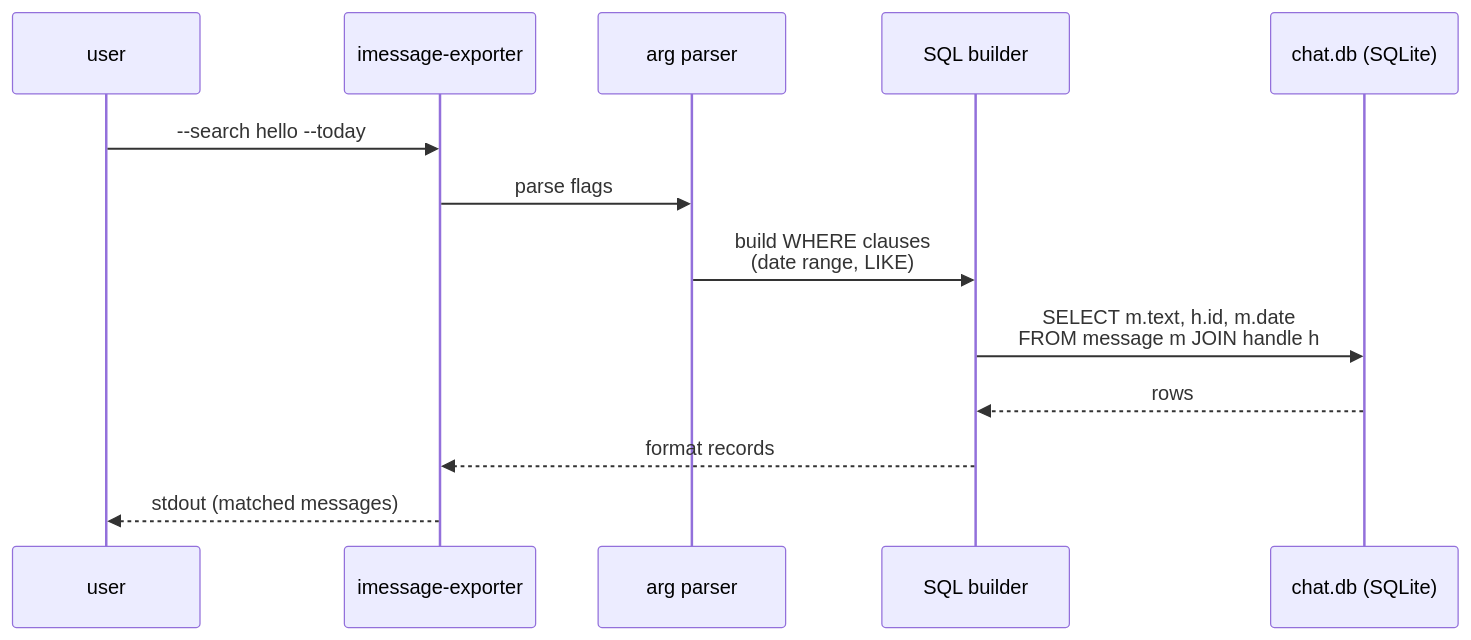
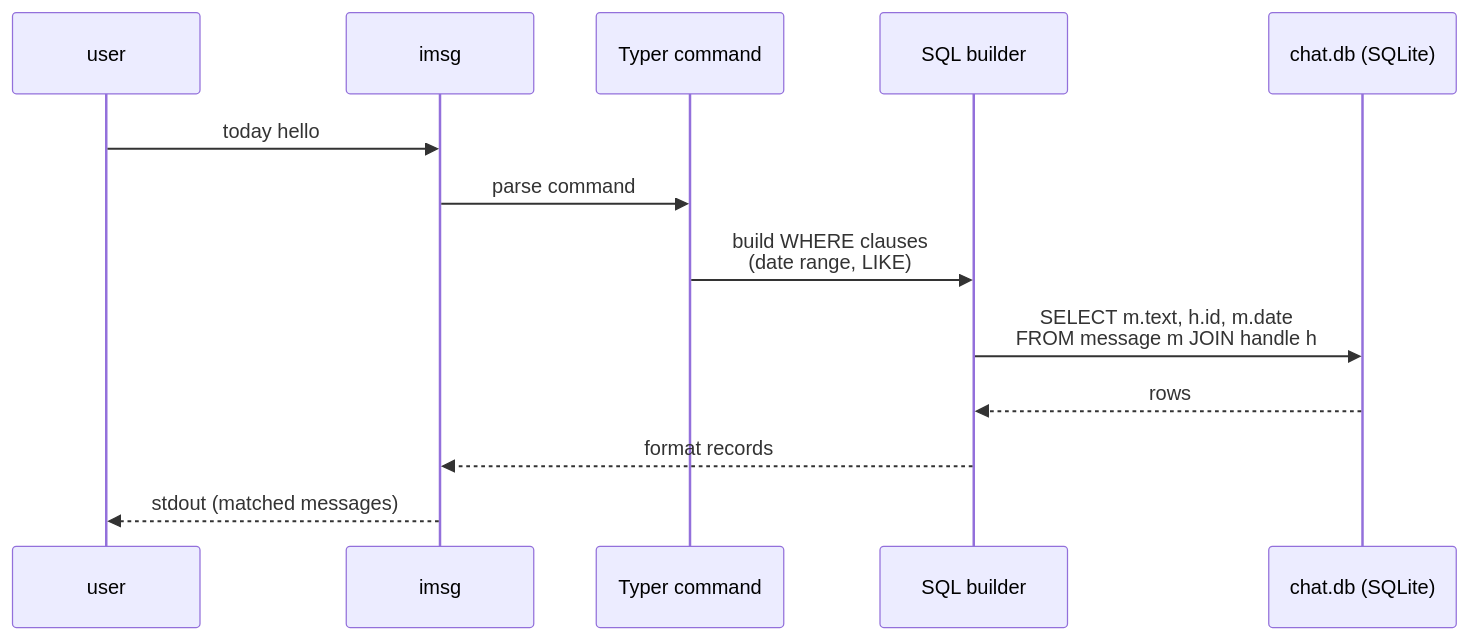
One commit to ml-lubich/imessage-exporter changed the third of 5 diagrams in README.md. Above: the diagram before and after it, drawn with Mermaid. The commit also changed other lines of this file and 10 other files, not shown here.

Commit message:
Add Typer iMessage export CLI

````diff
--- a/README.md
+++ b/README.md
@@ -71,16 +76,16 @@
 ```mermaid
 sequenceDiagram
     participant U as user
-    participant CLI as imessage-exporter
-    participant P as arg parser
+    participant CLI as imsg
+    participant P as Typer command
     participant Q as SQL builder
     participant DB as chat.db (SQLite)
 
-    U->>CLI: --search hello --today
-    CLI->>P: parse flags
+    U->>CLI: today hello
+    CLI->>P: parse command
     P->>Q: build WHERE clauses<br/>(date range, LIKE)
     Q->>DB: SELECT m.text, h.id, m.date<br/>FROM message m JOIN handle h
     DB-->>Q: rows
     Q-->>CLI: format records
     CLI-->>U: stdout (matched messages)
 ```
````
